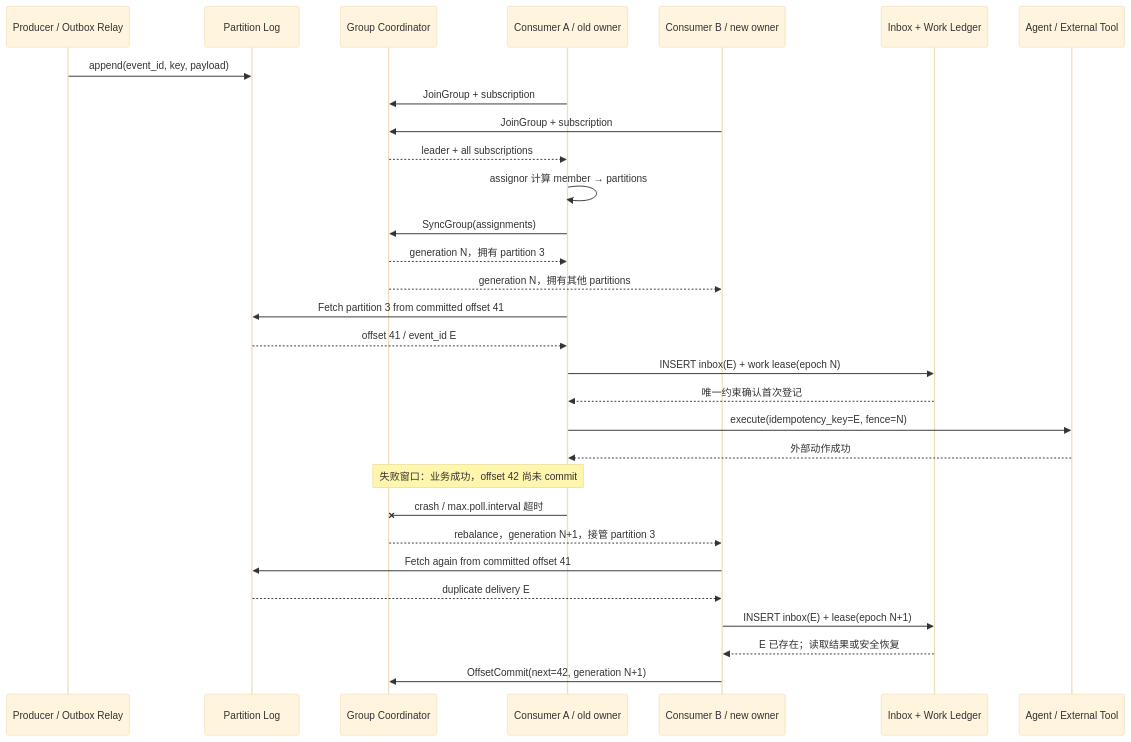
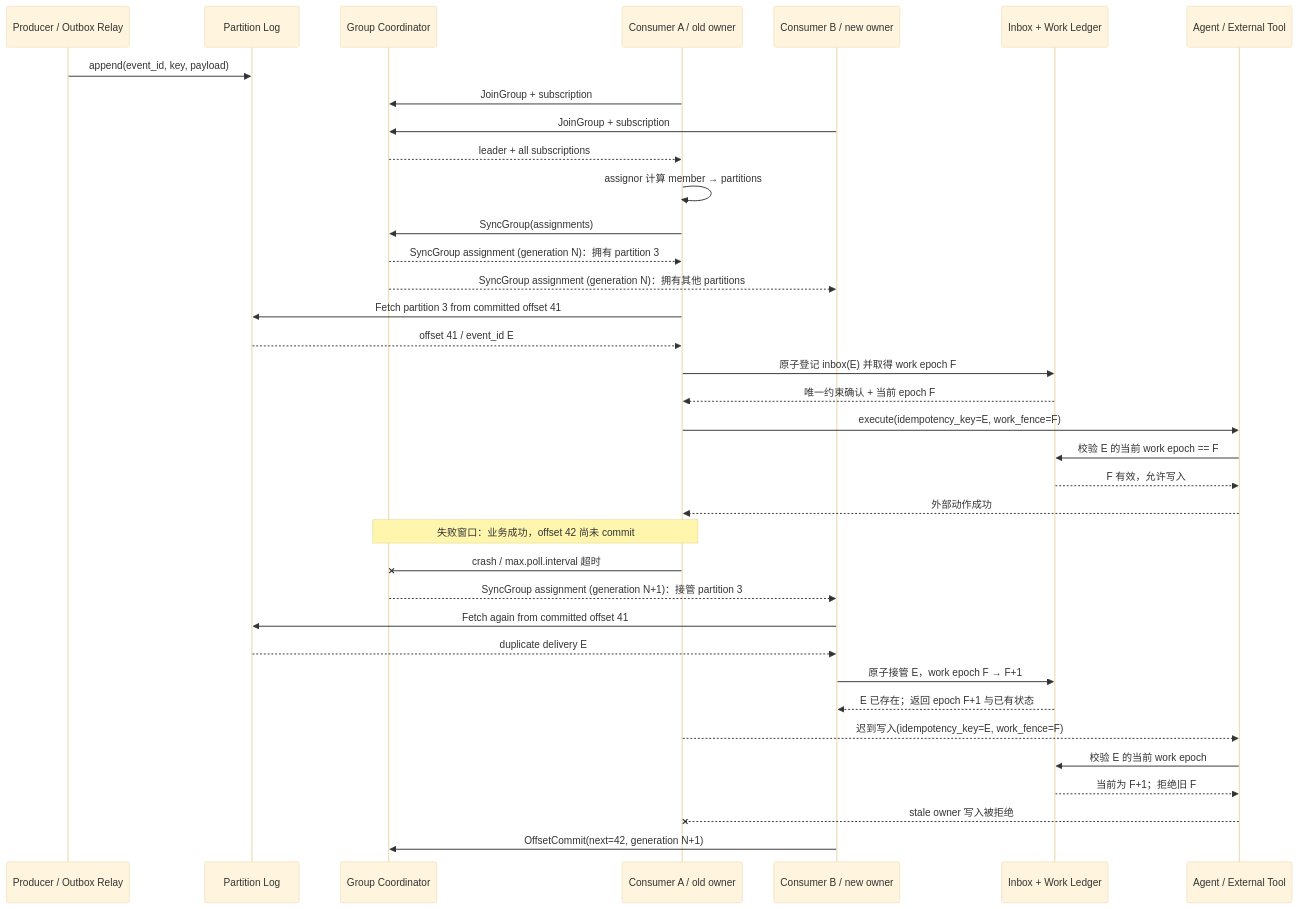
The diagram in content/cases/apache-kafka-consumer-groups.mdx (sealday/agentic-architecture-atlas), drawn with Mermaid (base theme) before and after one commit. The commit also changed other lines of this file, not shown here.

Commit message:
Clarify Kafka ownership fencing and callback ordering

````diff
--- a/content/cases/apache-kafka-consumer-groups.mdx
+++ b/content/cases/apache-kafka-consumer-groups.mdx
@@ -151,38 +151,44 @@
 ```mermaid
 sequenceDiagram
   accTitle: Kafka consumer group 驱动 Agent 工作与重复执行窗口
-  accDescr: Producer 按业务 key 把任务追加到分区。Classic group coordinator 组织成员和 generation，被选出的客户端 leader 计算 assignment。Consumer poll 后登记 inbox，worker 执行外部动作，再提交 offset；若动作成功后、offset 提交前崩溃，rebalance 后的新 owner 会重读，因此 inbox、幂等键和 fencing 必须抑制重复副作用。
+  accDescr: Producer 按业务 key 把任务追加到分区。Classic group coordinator 组织成员和 generation，被选出的客户端 leader 计算 assignment。Consumer poll 后登记 inbox，并在应用 work ledger 原子取得独立的 ownership epoch；外部目的地校验该 epoch。若动作成功后、offset 提交前崩溃，rebalance 后的新 owner 会重读并取得更高 epoch，旧 owner 的迟到写因此被拒绝。
 
   participant P as Producer / Outbox Relay
   participant L as Partition Log
   participant G as Group Coordinator
   participant C1 as Consumer A / old owner
   participant C2 as Consumer B / new owner
   participant I as Inbox + Work Ledger
   participant X as Agent / External Tool
 
   P->>L: append(event_id, key, payload)
   C1->>G: JoinGroup + subscription
   C2->>G: JoinGroup + subscription
   G-->>C1: leader + all subscriptions
   C1->>C1: assignor 计算 member → partitions
   C1->>G: SyncGroup(assignments)
-  G-->>C1: generation N，拥有 partition 3
-  G-->>C2: generation N，拥有其他 partitions
+  G-->>C1: SyncGroup assignment (generation N)：拥有 partition 3
+  G-->>C2: SyncGroup assignment (generation N)：拥有其他 partitions
 
   C1->>L: Fetch partition 3 from committed offset 41
   L-->>C1: offset 41 / event_id E
-  C1->>I: INSERT inbox(E) + work lease(epoch N)
-  I-->>C1: 唯一约束确认首次登记
-  C1->>X: execute(idempotency_key=E, fence=N)
+  C1->>I: 原子登记 inbox(E) 并取得 work epoch F
+  I-->>C1: 唯一约束确认 + 当前 epoch F
+  C1->>X: execute(idempotency_key=E, work_fence=F)
+  X->>I: 校验 E 的当前 work epoch == F
+  I-->>X: F 有效，允许写入
   X-->>C1: 外部动作成功
 
   Note over C1,G: 失败窗口：业务成功，offset 42 尚未 commit
   C1-xG: crash / max.poll.interval 超时
-  G-->>C2: rebalance，generation N+1，接管 partition 3
+  G-->>C2: SyncGroup assignment (generation N+1)：接管 partition 3
   C2->>L: Fetch again from committed offset 41
   L-->>C2: duplicate delivery E
-  C2->>I: INSERT inbox(E) + lease(epoch N+1)
-  I-->>C2: E 已存在；读取结果或安全恢复
+  C2->>I: 原子接管 E，work epoch F → F+1
+  I-->>C2: E 已存在；返回 epoch F+1 与已有状态
+  C1-->>X: 迟到写入(idempotency_key=E, work_fence=F)
+  X->>I: 校验 E 的当前 work epoch
+  I-->>X: 当前为 F+1；拒绝旧 F
+  X--xC1: stale owner 写入被拒绝
   C2->>G: OffsetCommit(next=42, generation N+1)
 ```
````
